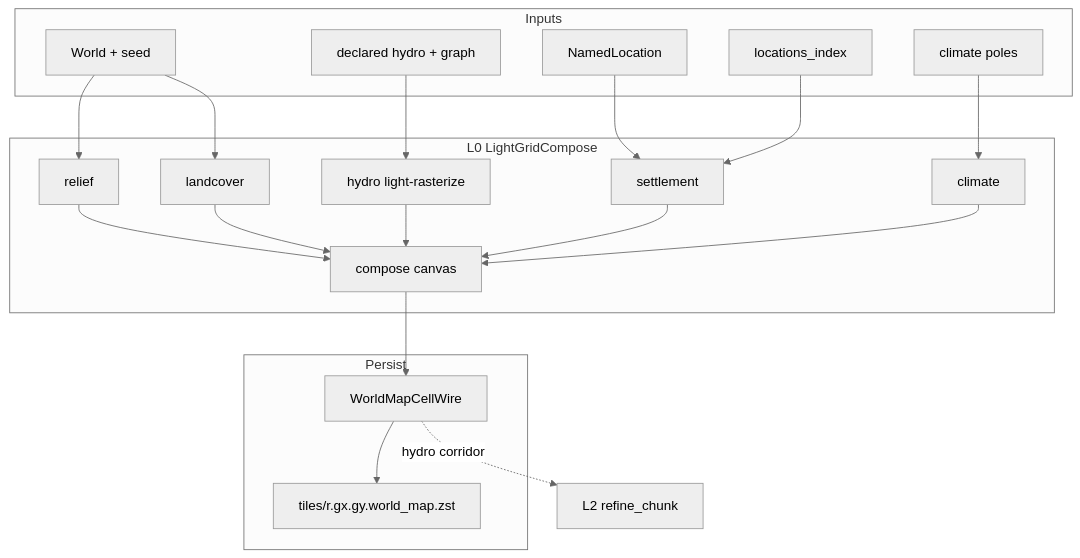
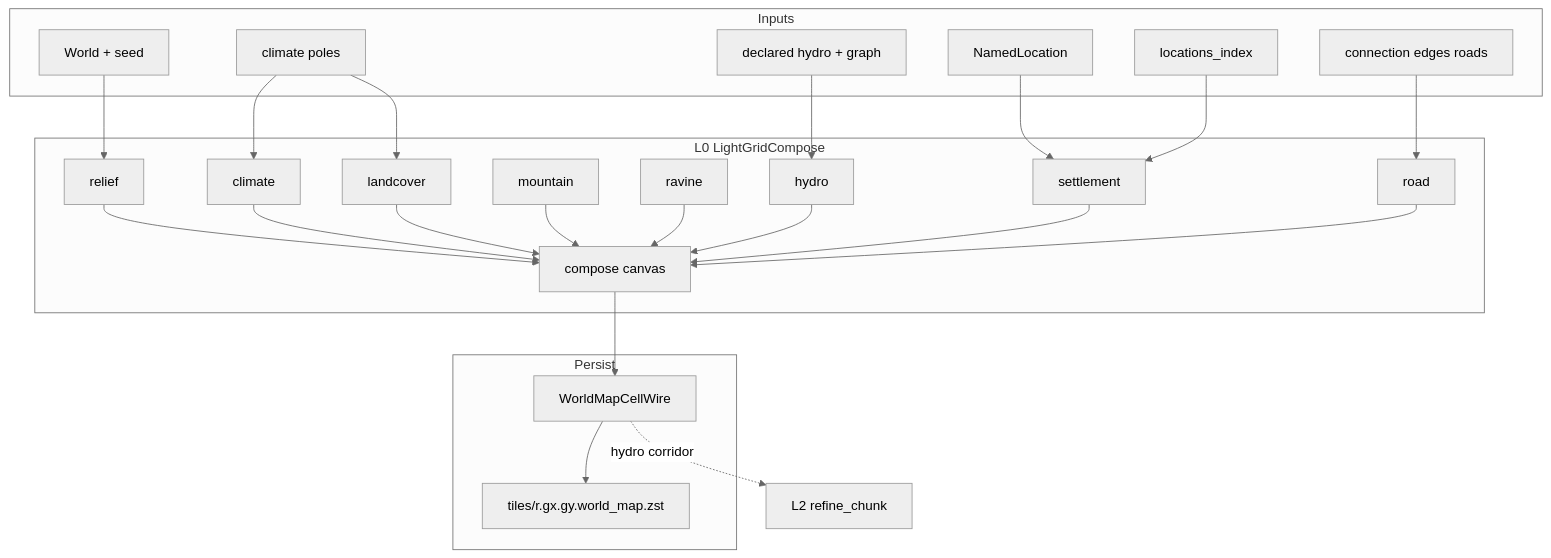
The diagram in docs/tz_map_light_bake.md (AndrewBondaren/AI-Project), drawn with Mermaid (neutral theme) before and after one commit. The commit also changed other lines of this file and 36 other files, not shown here.

````diff
--- a/docs/tz_map_light_bake.md
+++ b/docs/tz_map_light_bake.md
@@ -242,38 +560,46 @@
 ```mermaid
 flowchart TB
   subgraph inputs [Inputs]
     W[World + seed]
     Loc[NamedLocation]
     Idx[locations_index]
     Decl[declared hydro + graph]
+    Edges[connection edges roads]
     Pole[climate poles]
   end
 
   subgraph compose_pipe [L0 LightGridCompose]
     C[compose canvas]
     R[relief]
+    CL[climate]
     L[landcover]
-    H[hydro light-rasterize]
+    M[mountain]
+    RV[ravine]
+    H[hydro]
     S[settlement]
-    CL[climate]
+    RD[road]
     R --> C
+    CL --> C
     L --> C
+    M --> C
+    RV --> C
     H --> C
     S --> C
-    CL --> C
+    RD --> C
   end
 
   subgraph persist [Persist]
     Wire[WorldMapCellWire]
     Zst["tiles/r.gx.gy.world_map.zst"]
   end
 
   W --> R
-  W --> L
+  Pole --> CL
+  Pole --> L
   Decl --> H
+  Edges --> RD
   Loc --> S
   Idx --> S
-  Pole --> CL
   C --> Wire --> Zst
   Wire -.->|hydro corridor| L2[L2 refine_chunk]
 ```
````
